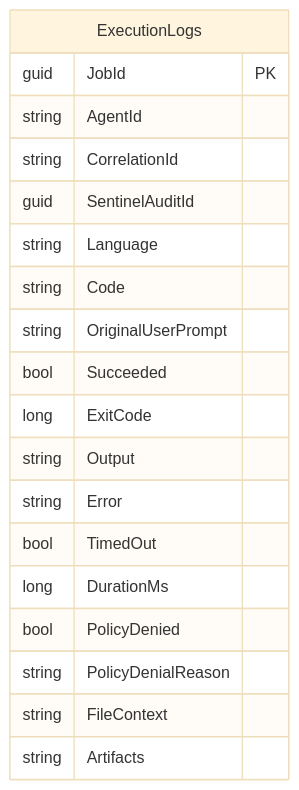
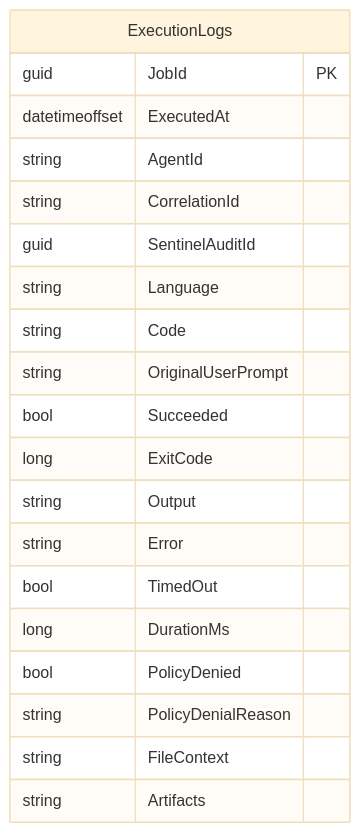
One commit to mihailshterev/sentium changed the ninth of 9 diagrams in docs/diagrams/er-diagrams.md. Above: the diagram before and after it, drawn with Mermaid (base theme). The commit also changed other lines of this file and 99 other files, not shown here.

````diff
--- a/docs/diagrams/er-diagrams.md
+++ b/docs/diagrams/er-diagrams.md
@@ -281,23 +255,24 @@
 ```mermaid
 erDiagram
 
 ExecutionLogs {
     guid JobId PK
+    datetimeoffset ExecutedAt
     string AgentId
     string CorrelationId
     guid SentinelAuditId
     string Language
     string Code
     string OriginalUserPrompt
     bool Succeeded
     long ExitCode
     string Output
     string Error
     bool TimedOut
     long DurationMs
     bool PolicyDenied
     string PolicyDenialReason
     string FileContext
     string Artifacts
 }
 ```
````
